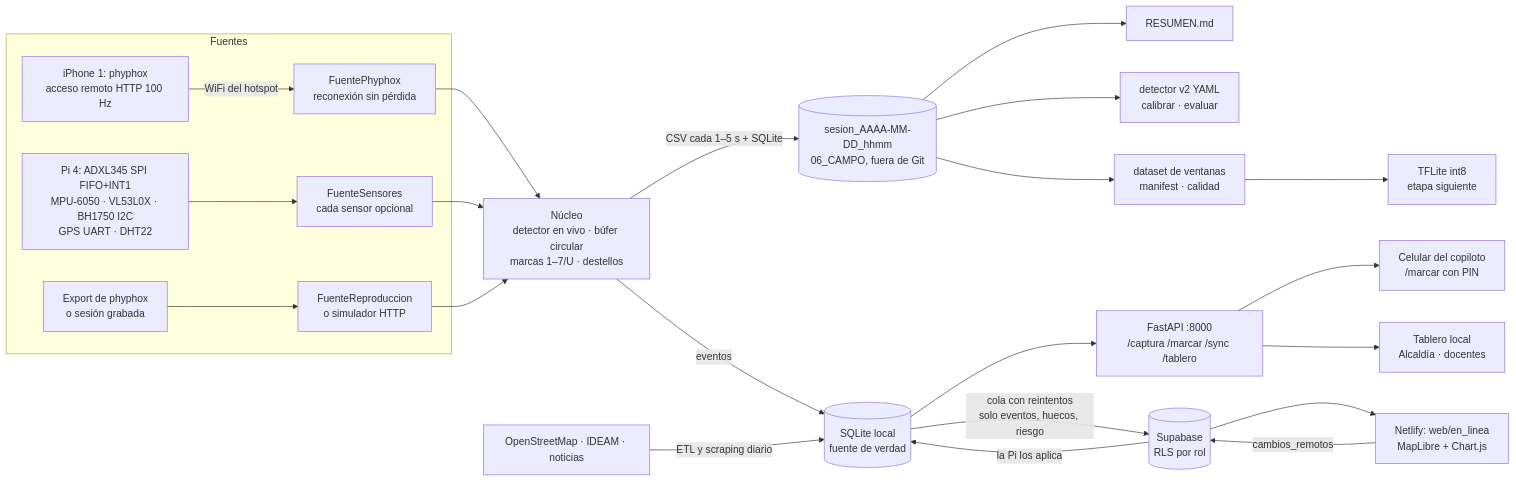
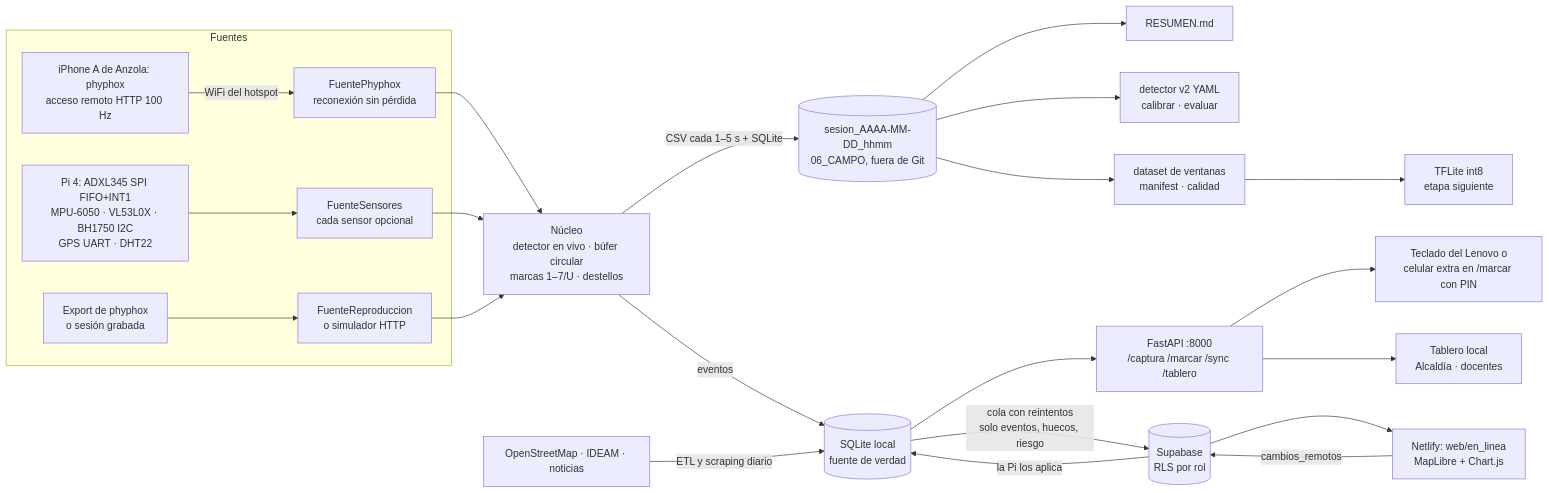
The diagram in docs/ARQUITECTURA.md (via-viva-usta/via-viva), drawn with Mermaid before and after one commit. The commit also changed 6 other files, not shown here.

First line of the commit message:
docs: roles definitivos de la salida de campo (iPhone A Anzola, Lenovo, iPhone B Pipe solo video)

````diff
--- a/docs/ARQUITECTURA.md
+++ b/docs/ARQUITECTURA.md
@@ -7,22 +7,22 @@
 ```mermaid
 flowchart LR
   subgraph Fuentes
-    PH[iPhone 1: phyphox\nacceso remoto HTTP 100 Hz] -->|WiFi del hotspot| FP[FuentePhyphox\nreconexión sin pérdida]
+    PH[iPhone A de Anzola: phyphox\nacceso remoto HTTP 100 Hz] -->|WiFi del hotspot| FP[FuentePhyphox\nreconexión sin pérdida]
     SN[Pi 4: ADXL345 SPI FIFO+INT1\nMPU-6050 · VL53L0X · BH1750 I2C\nGPS UART · DHT22] --> FS[FuenteSensores\ncada sensor opcional]
     EX[Export de phyphox\no sesión grabada] --> FR[FuenteReproduccion\no simulador HTTP]
   end
   FP & FS & FR --> N[Núcleo\ndetector en vivo · búfer circular\nmarcas 1–7/U · destellos]
   N -->|CSV cada 1–5 s + SQLite| SES[(sesion_AAAA-MM-DD_hhmm\n06_CAMPO, fuera de Git)]
   N -->|eventos| DB[(SQLite local\nfuente de verdad)]
   SES --> RES[RESUMEN.md]
   SES --> DET[detector v2 YAML\ncalibrar · evaluar]
   SES --> VEN[dataset de ventanas\nmanifest · calidad]
   VEN --> TFL[TFLite int8\netapa siguiente]
   DB --> APP[FastAPI :8000\n/captura /marcar /sync /tablero]
-  APP --> CEL[Celular del copiloto\n/marcar con PIN]
+  APP --> CEL[Teclado del Lenovo o\ncelular extra en /marcar con PIN]
   APP --> ALC[Tablero local\nAlcaldía · docentes]
   DB -->|cola con reintentos\nsolo eventos, huecos, riesgo| SB[(Supabase\nRLS por rol)]
   SB --> NET[Netlify: web/en_linea\nMapLibre + Chart.js]
   NET -->|cambios_remotos| SB -->|la Pi los aplica| DB
   OSM[OpenStreetMap · IDEAM · noticias] -->|ETL y scraping diario| DB
 ```
````
